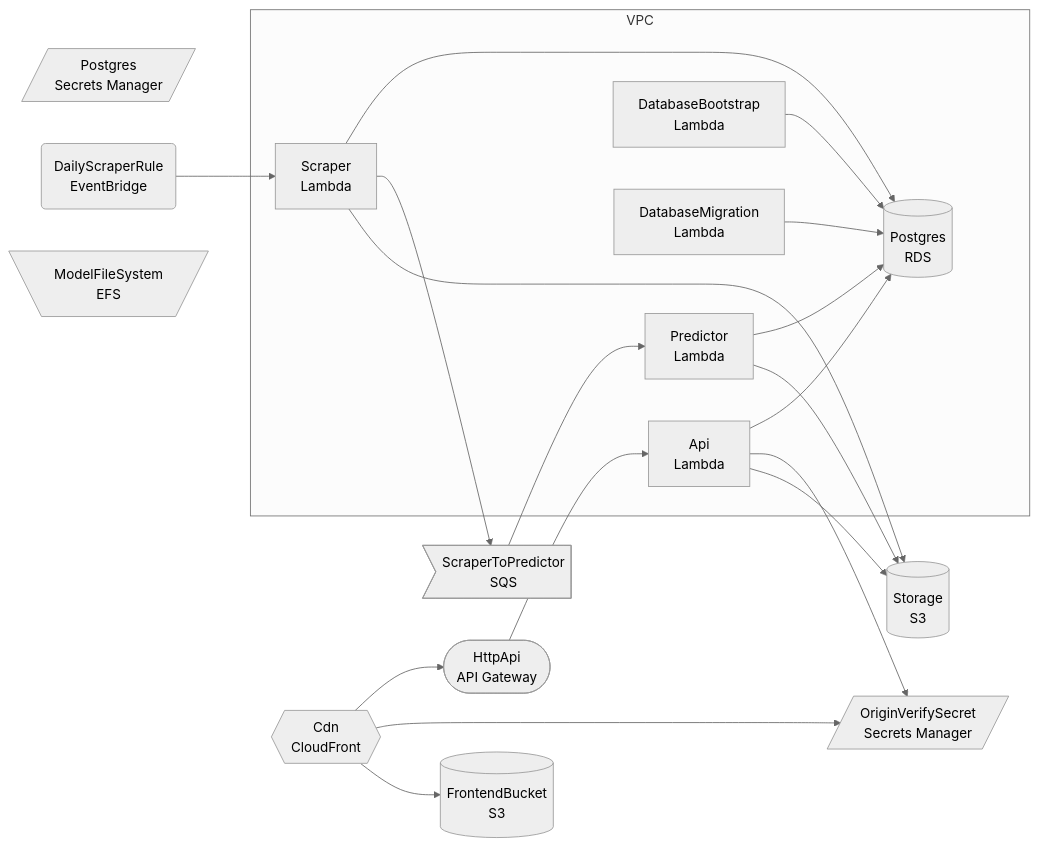
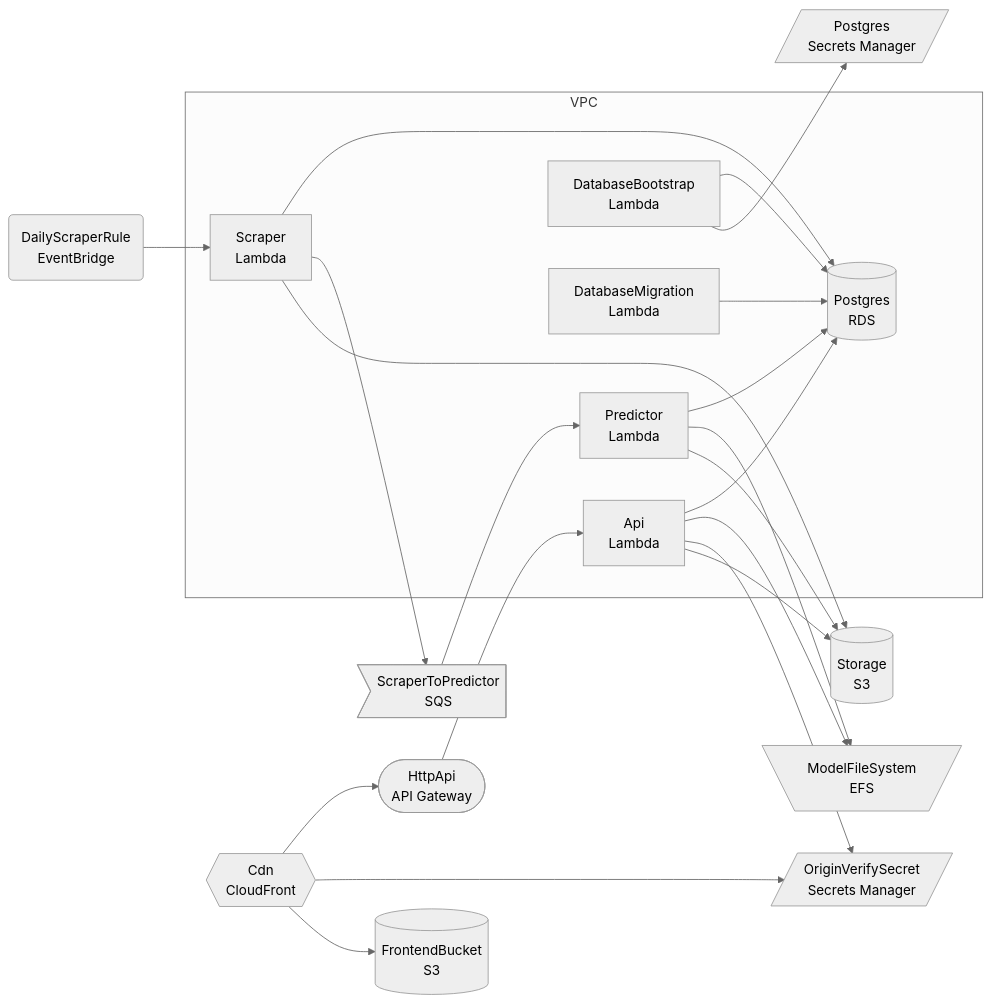
One commit to dagda1/match-predictor changed the first of 2 diagrams in README.md. Above: the diagram before and after it, drawn with Mermaid (neutral theme). The commit also changed 1 other file, not shown here.

Commit message:
chore: enhance architecture diagram generation to include EFS, Secrets Manager attachments, and IAM-based secret access relationships

````diff
--- a/README.md
+++ b/README.md
@@ -95,36 +95,39 @@
 ```mermaid
 graph LR
   subgraph VPC
     ApiApiFunctionAA82C666["Api<br/>Lambda"]
     DatabaseBootstrapHandlerFunction53F1278C["DatabaseBootstrap<br/>Lambda"]
     DatabaseMigrationHandlerFunction71FE854B["DatabaseMigration<br/>Lambda"]
     DatabasePostgres277EF4CB[("Postgres<br/>RDS")]
     EtlFunctionsPredictorFunctionE33E3D43["Predictor<br/>Lambda"]
     EtlFunctionsScraperFunctionF099BA00["Scraper<br/>Lambda"]
   end
   ApiHttpApi4C294DC0(["HttpApi<br/>API Gateway"])
   CdnDistribution149FA6C8{{"Cdn<br/>CloudFront"}}
   DatabasePostgresSecret6EBE3413[/"Postgres<br/>Secrets Manager"/]
   EventBridgeDailyScraperRule9BFD8304("DailyScraperRule<br/>EventBridge")
   ModelStorageModelFileSystem7131CD34[\"ModelFileSystem<br/>EFS"/]
   QueuingScraperToPredictor12C65B00>"ScraperToPredictor<br/>SQS"]
   SecretsOriginVerifySecret2207D00B[/"OriginVerifySecret<br/>Secrets Manager"/]
   StorageBucket5CB7C8EA[("Storage<br/>S3")]
   StorageFrontendBucketC065FEEF[("FrontendBucket<br/>S3")]
   ApiApiFunctionAA82C666 --> DatabasePostgres277EF4CB
+  ApiApiFunctionAA82C666 --> ModelStorageModelFileSystem7131CD34
   ApiApiFunctionAA82C666 --> SecretsOriginVerifySecret2207D00B
   ApiApiFunctionAA82C666 --> StorageBucket5CB7C8EA
   ApiHttpApi4C294DC0 --> ApiApiFunctionAA82C666
   CdnDistribution149FA6C8 --> ApiHttpApi4C294DC0
   CdnDistribution149FA6C8 --> SecretsOriginVerifySecret2207D00B
   CdnDistribution149FA6C8 --> StorageFrontendBucketC065FEEF
   DatabaseBootstrapHandlerFunction53F1278C --> DatabasePostgres277EF4CB
+  DatabaseBootstrapHandlerFunction53F1278C --> DatabasePostgresSecret6EBE3413
   DatabaseMigrationHandlerFunction71FE854B --> DatabasePostgres277EF4CB
   EtlFunctionsPredictorFunctionE33E3D43 --> DatabasePostgres277EF4CB
+  EtlFunctionsPredictorFunctionE33E3D43 --> ModelStorageModelFileSystem7131CD34
   EtlFunctionsPredictorFunctionE33E3D43 --> StorageBucket5CB7C8EA
   EtlFunctionsScraperFunctionF099BA00 --> DatabasePostgres277EF4CB
   EtlFunctionsScraperFunctionF099BA00 --> QueuingScraperToPredictor12C65B00
   EtlFunctionsScraperFunctionF099BA00 --> StorageBucket5CB7C8EA
   EventBridgeDailyScraperRule9BFD8304 --> EtlFunctionsScraperFunctionF099BA00
   QueuingScraperToPredictor12C65B00 --> EtlFunctionsPredictorFunctionE33E3D43
 ```
````
